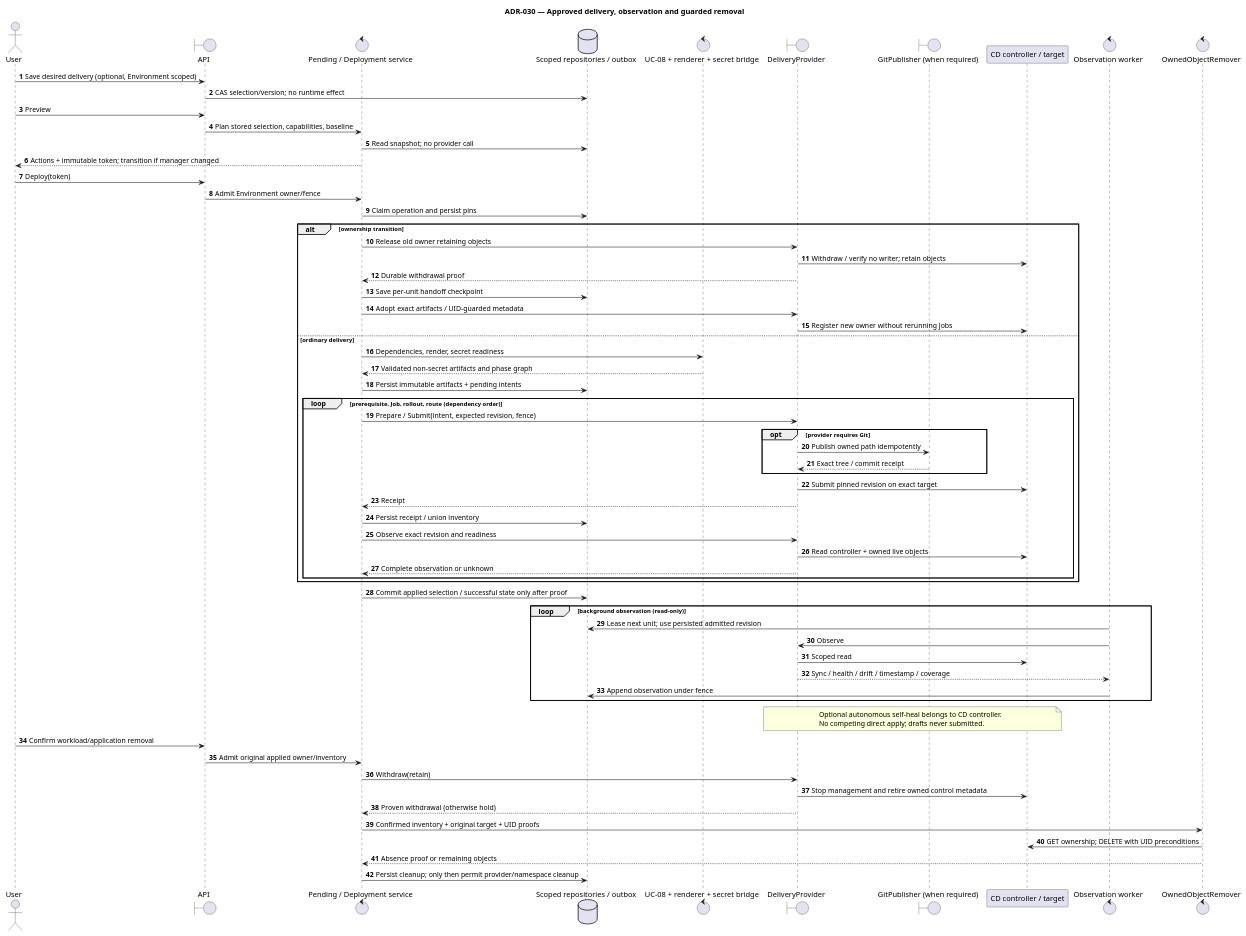
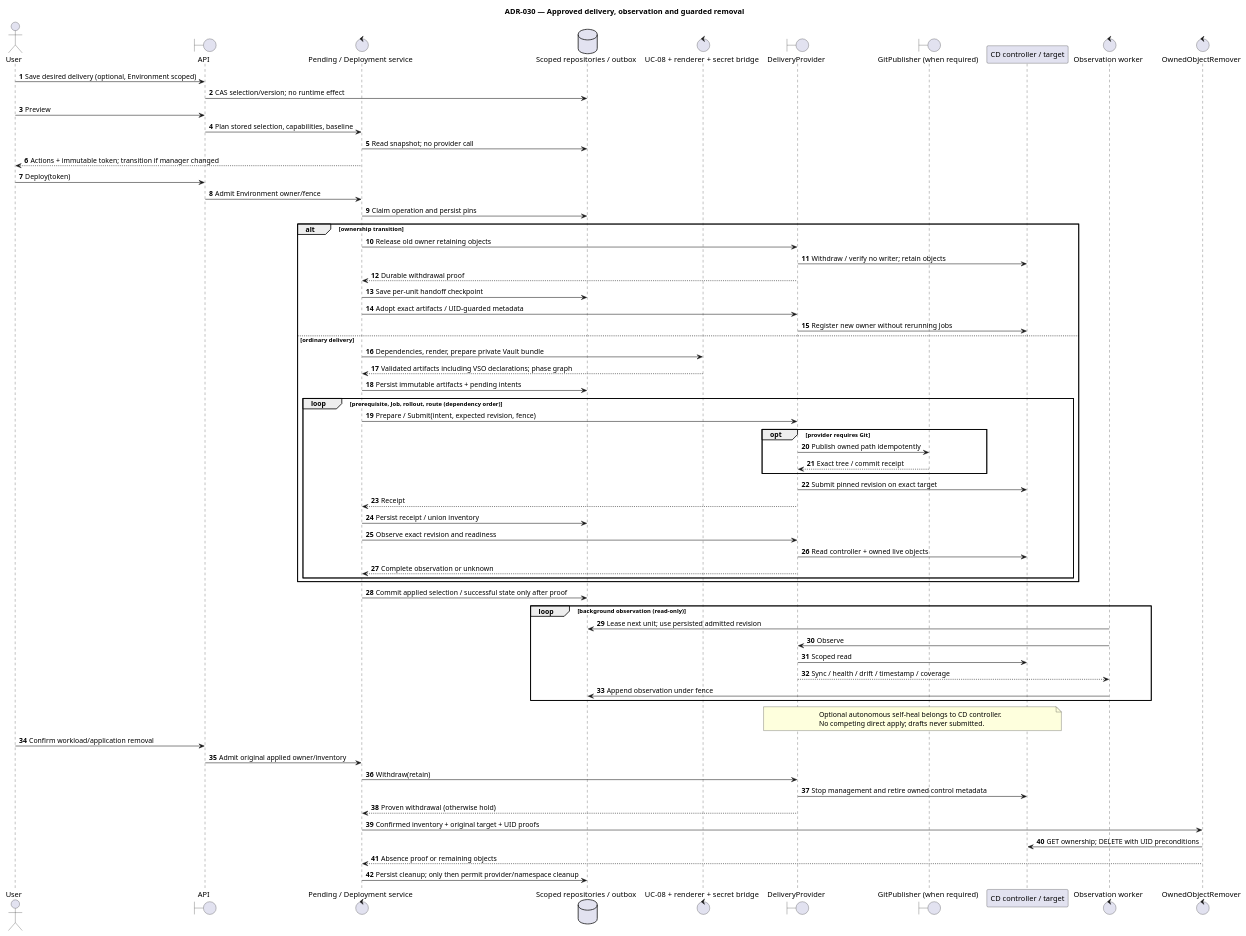
The diagram in orchestrator_docs/architecture/components/delivery-reconciliation-sequence.puml (pr3s3nt/poc), drawn with PlantUML before and after one commit. The commit also changed 74 other files, not shown here.

```diff
--- a/orchestrator_docs/architecture/components/delivery-reconciliation-sequence.puml
+++ b/orchestrator_docs/architecture/components/delivery-reconciliation-sequence.puml
@@ -1,69 +1,69 @@
 @startuml
 title ADR-030 — Approved delivery, observation and guarded removal
 autonumber
 actor User
 boundary API
 control "Pending / Deployment service" as Deploy
 database "Scoped repositories / outbox" as DB
 control "UC-08 + renderer + secret bridge" as Prepare
 boundary "DeliveryProvider" as Provider
 boundary "GitPublisher (when required)" as Git
 participant "CD controller / target" as Cluster
 control "Observation worker" as Observe
 control "OwnedObjectRemover" as Remove
 User -> API: Save desired delivery (optional, Environment scoped)
 API -> DB: CAS selection/version; no runtime effect
 User -> API: Preview
 API -> Deploy: Plan stored selection, capabilities, baseline
 Deploy -> DB: Read snapshot; no provider call
 Deploy --> User: Actions + immutable token; transition if manager changed
 User -> API: Deploy(token)
 API -> Deploy: Admit Environment owner/fence
 Deploy -> DB: Claim operation and persist pins
 alt ownership transition
   Deploy -> Provider: Release old owner retaining objects
   Provider -> Cluster: Withdraw / verify no writer; retain objects
   Provider --> Deploy: Durable withdrawal proof
   Deploy -> DB: Save per-unit handoff checkpoint
   Deploy -> Provider: Adopt exact artifacts / UID-guarded metadata
   Provider -> Cluster: Register new owner without rerunning Jobs
 else ordinary delivery
-  Deploy -> Prepare: Dependencies, render, secret readiness
-  Prepare --> Deploy: Validated non-secret artifacts and phase graph
+  Deploy -> Prepare: Dependencies, render, prepare private Vault bundle
+  Prepare --> Deploy: Validated artifacts including VSO declarations; phase graph
   Deploy -> DB: Persist immutable artifacts + pending intents
   loop prerequisite, Job, rollout, route (dependency order)
     Deploy -> Provider: Prepare / Submit(intent, expected revision, fence)
     opt provider requires Git
       Provider -> Git: Publish owned path idempotently
       Git --> Provider: Exact tree / commit receipt
     end
     Provider -> Cluster: Submit pinned revision on exact target
     Provider --> Deploy: Receipt
     Deploy -> DB: Persist receipt / union inventory
     Deploy -> Provider: Observe exact revision and readiness
     Provider -> Cluster: Read controller + owned live objects
     Provider --> Deploy: Complete observation or unknown
   end
 end
 Deploy -> DB: Commit applied selection / successful state only after proof
 loop background observation (read-only)
   Observe -> DB: Lease next unit; use persisted admitted revision
   Observe -> Provider: Observe
   Provider -> Cluster: Scoped read
   Provider --> Observe: Sync / health / drift / timestamp / coverage
   Observe -> DB: Append observation under fence
 end
 note over Provider, Cluster
 Optional autonomous self-heal belongs to CD controller.
 No competing direct apply; drafts never submitted.
 end note
 User -> API: Confirm workload/application removal
 API -> Deploy: Admit original applied owner/inventory
 Deploy -> Provider: Withdraw(retain)
 Provider -> Cluster: Stop management and retire owned control metadata
 Provider --> Deploy: Proven withdrawal (otherwise hold)
 Deploy -> Remove: Confirmed inventory + original target + UID proofs
 Remove -> Cluster: GET ownership; DELETE with UID preconditions
 Remove --> Deploy: Absence proof or remaining objects
 Deploy -> DB: Persist cleanup; only then permit provider/namespace cleanup
 @enduml
```
